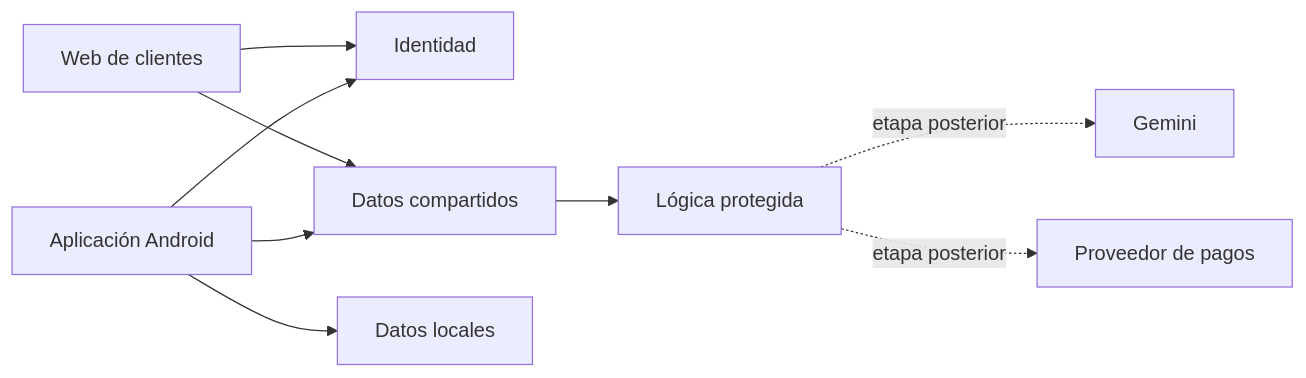
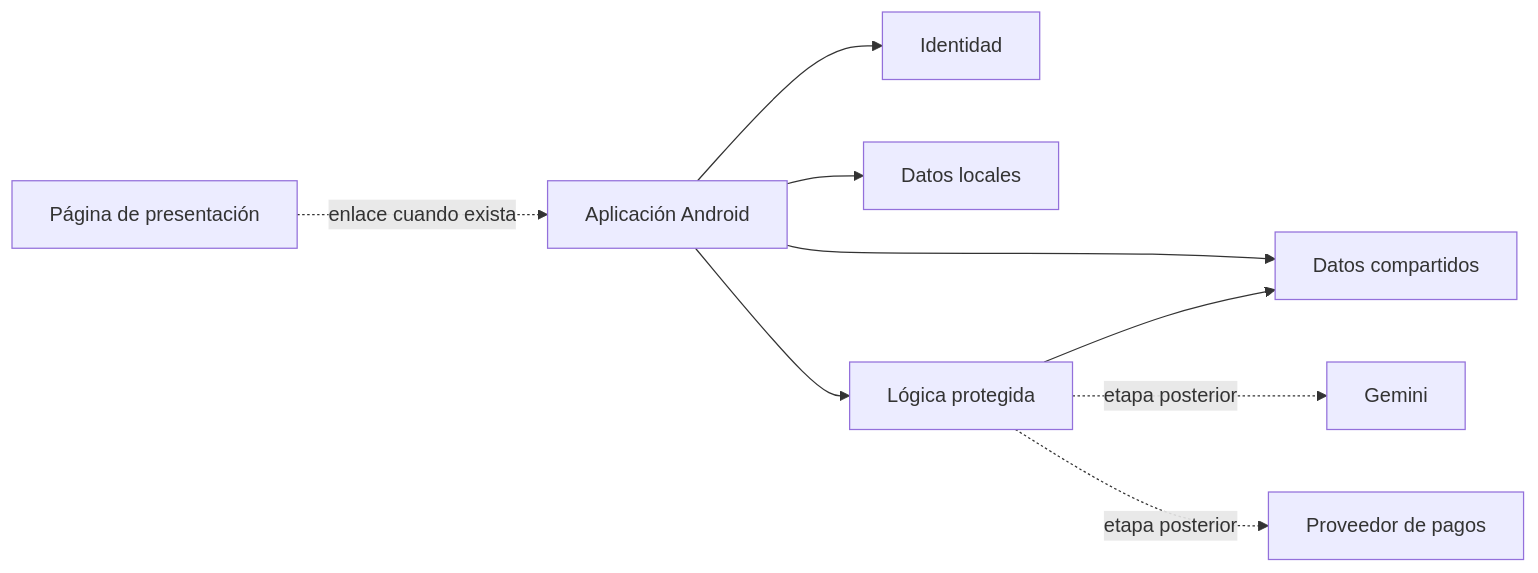
Before and after one commit to sebastianrosasq/TuEmpuje: the diagram in docs/08-arquitectura.md, drawn with Mermaid. The commit also changed other lines of this file and 9 other files, not shown here.

````diff
--- a/docs/08-arquitectura.md
+++ b/docs/08-arquitectura.md
@@ -28,11 +30,11 @@
 ```mermaid
 flowchart LR
     A[Aplicación Android] --> Auth[Identidad]
-    W[Web de clientes] --> Auth
+    W[Página de presentación] -. enlace cuando exista .-> A
     A --> Shared[Datos compartidos]
-    W --> Shared
     A --> Local[Datos locales]
-    Shared --> Server[Lógica protegida]
+    A --> Server[Lógica protegida]
+    Server --> Shared
     Server -. etapa posterior .-> AI[Gemini]
     Server -. etapa posterior .-> Pay[Proveedor de pagos]
 ```
````
